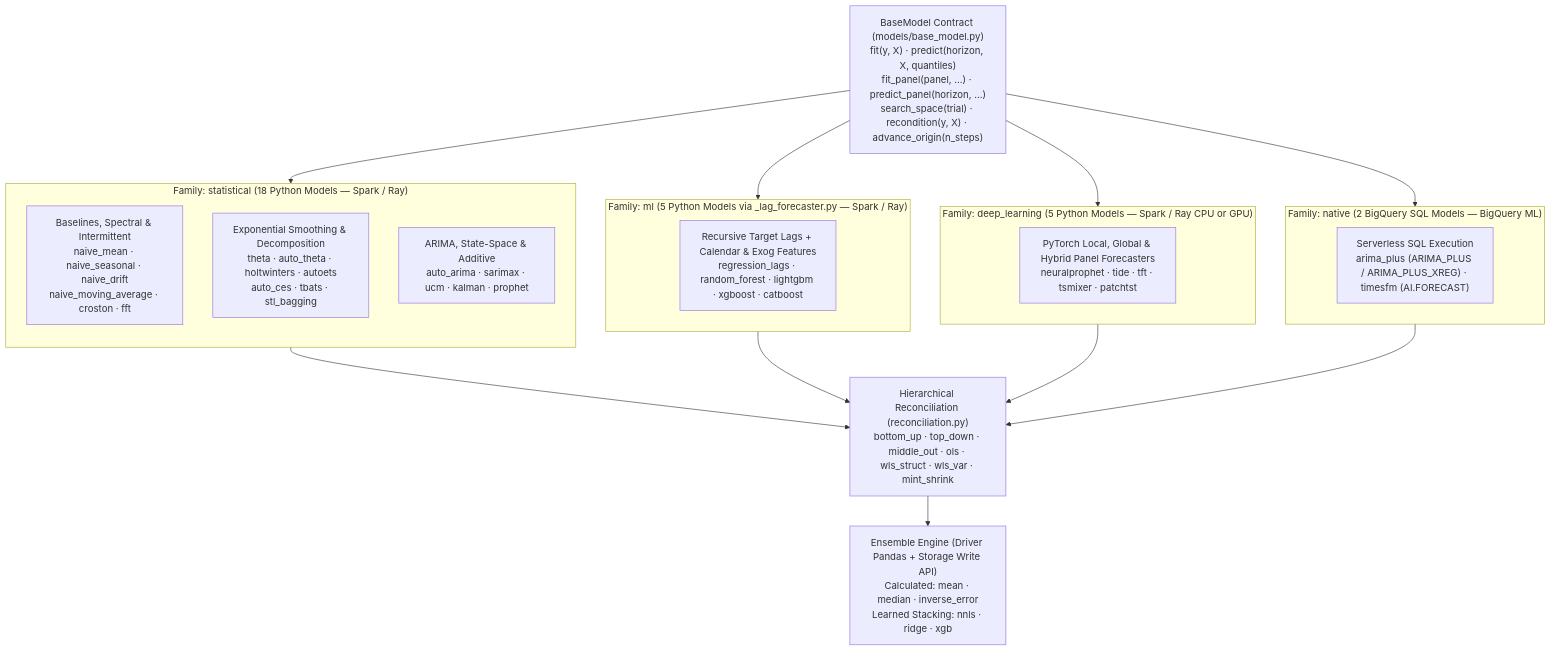
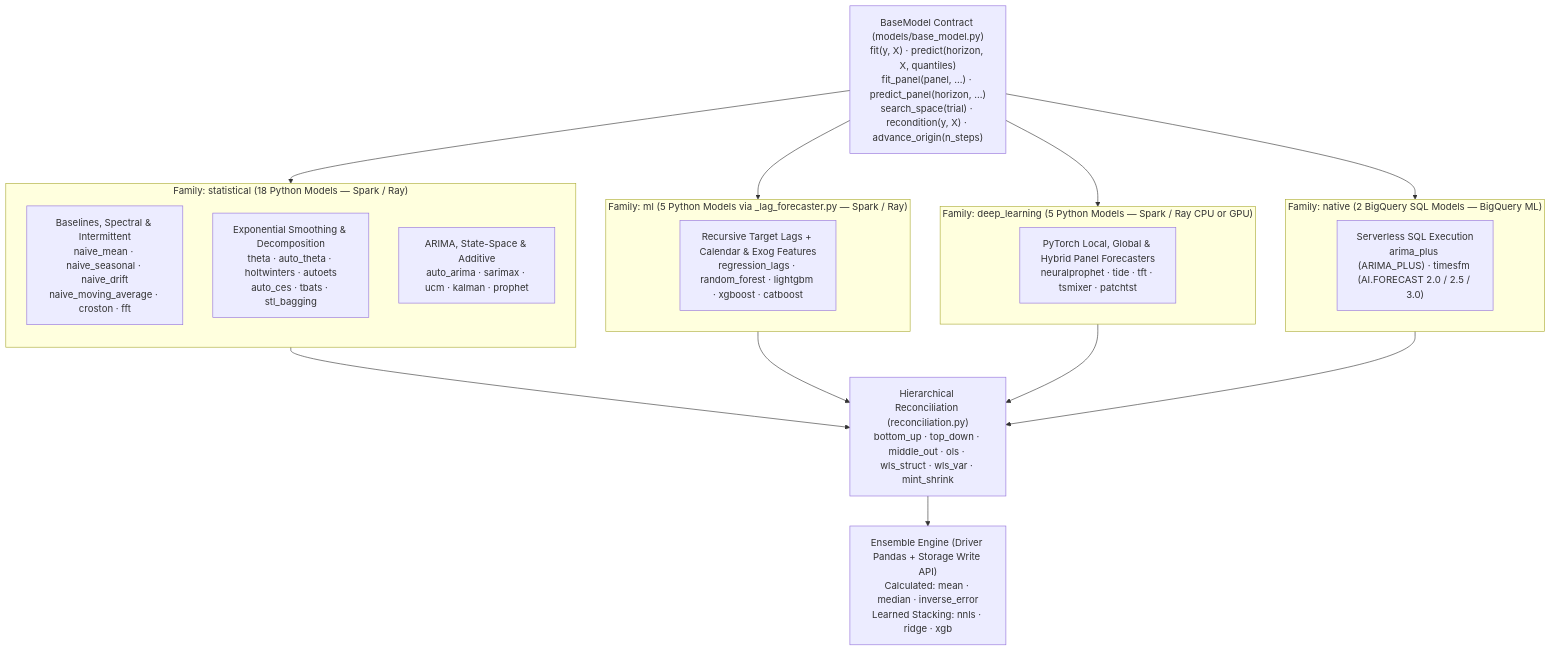
Before and after one commit to statmike/scale-forecasting: the diagram in docs/models_reference.md, drawn with Mermaid. The commit also changed other lines of this file and 8 other files, not shown here.

````diff
--- a/docs/models_reference.md
+++ b/docs/models_reference.md
@@ -7,29 +7,29 @@
 ```mermaid
 flowchart TD
     Base["BaseModel Contract (models/base_model.py)<br/>fit(y, X) · predict(horizon, X, quantiles)<br/>fit_panel(panel, ...) · predict_panel(horizon, ...)<br/>search_space(trial) · recondition(y, X) · advance_origin(n_steps)"]
 
     subgraph Stat["Family: statistical (18 Python Models — Spark / Ray)"]
         direction TB
         S1["Baselines, Spectral & Intermittent<br/>naive_mean · naive_seasonal · naive_drift<br/>naive_moving_average · croston · fft"]
         S2["Exponential Smoothing & Decomposition<br/>theta · auto_theta · holtwinters · autoets<br/>auto_ces · tbats · stl_bagging"]
         S3["ARIMA, State-Space & Additive<br/>auto_arima · sarimax · ucm · kalman · prophet"]
     end
 
     subgraph ML["Family: ml (5 Python Models via _lag_forecaster.py — Spark / Ray)"]
         M1["Recursive Target Lags + Calendar & Exog Features<br/>regression_lags · random_forest · lightgbm · xgboost · catboost"]
     end
 
     subgraph DL["Family: deep_learning (5 Python Models — Spark / Ray CPU or GPU)"]
         D1["PyTorch Local, Global & Hybrid Panel Forecasters<br/>neuralprophet · tide · tft · tsmixer · patchtst"]
     end
 
     subgraph Nat["Family: native (2 BigQuery SQL Models — BigQuery ML)"]
-        N1["Serverless SQL Execution<br/>arima_plus (ARIMA_PLUS / ARIMA_PLUS_XREG) · timesfm (AI.FORECAST)"]
+        N1["Serverless SQL Execution<br/>arima_plus (ARIMA_PLUS) · timesfm (AI.FORECAST 2.0 / 2.5 / 3.0)"]
     end
 
     Rec["Hierarchical Reconciliation (reconciliation.py)<br/>bottom_up · top_down · middle_out · ols · wls_struct · wls_var · mint_shrink"]
     Ens["Ensemble Engine (Driver Pandas + Storage Write API)<br/>Calculated: mean · median · inverse_error<br/>Learned Stacking: nnls · ridge · xgb"]
 
     Base --> Stat & ML & DL & Nat
     Stat & ML & DL & Nat --> Rec --> Ens
 ```
````
